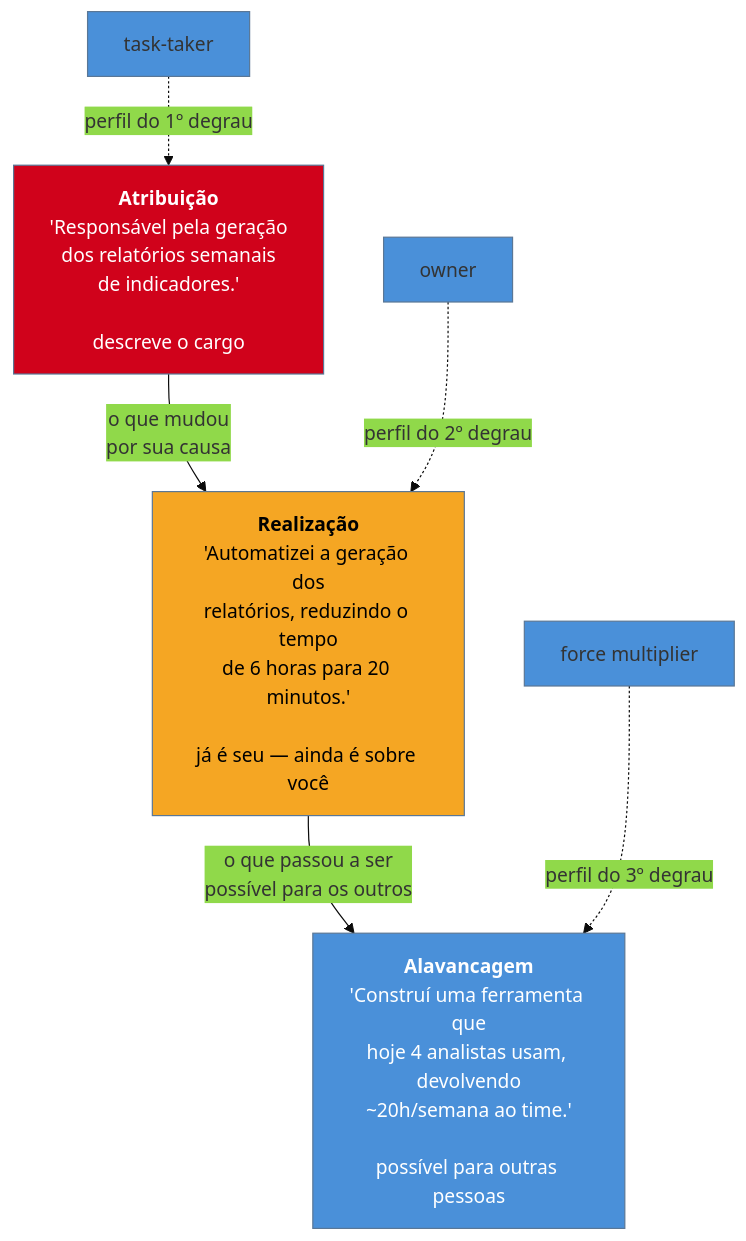
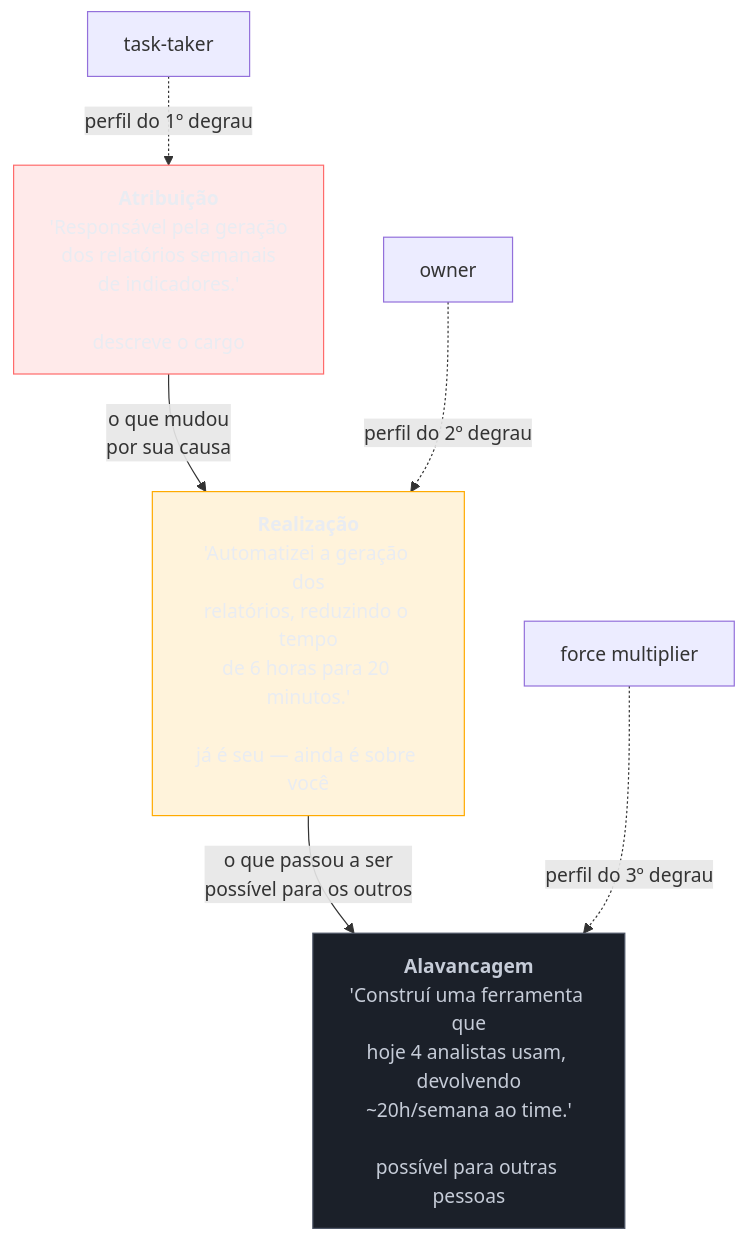
Before and after one commit to josenaldo/codex-technomanticus: the diagram in 03-Dominios/Carreira/Currículo/13 - Responsabilidade, realização e alavancagem.md, drawn with Mermaid. The commit also changed 1181 other files, not shown here.

First line of the commit message:
fix(diagramas): paleta do sistema no lugar de cor cravada no markdown

````diff
--- a/03-Dominios/Carreira/Currículo/13 - Responsabilidade, realização e alavancagem.md
+++ b/03-Dominios/Carreira/Currículo/13 - Responsabilidade, realização e alavancagem.md
@@ -50,18 +50,20 @@
 ```mermaid
-%%{init: {"theme": "base", "themeVariables": {"primaryColor": "#4A90D9"}}}%%
 graph TD
+    classDef falha fill:#FF6B6B24,stroke:#FF6B6B,color:#E9ECF2
+    classDef destaque fill:#FFAA0024,stroke:#FFAA00,color:#E9ECF2
+    classDef neutro fill:#1B2029,stroke:#4E5666,color:#C6CCD8
     A["<b>Atribuição</b><br/>'Responsável pela geração<br/>dos relatórios semanais<br/>de indicadores.'<br/><br/>descreve o cargo"]
     B["<b>Realização</b><br/>'Automatizei a geração dos<br/>relatórios, reduzindo o tempo<br/>de 6 horas para 20 minutos.'<br/><br/>já é seu — ainda é sobre você"]
     C["<b>Alavancagem</b><br/>'Construí uma ferramenta que<br/>hoje 4 analistas usam, devolvendo<br/>~20h/semana ao time.'<br/><br/>possível para outras pessoas"]
 
     A -->|"o que mudou<br/>por sua causa"| B
     B -->|"o que passou a ser<br/>possível para os outros"| C
 
     D["task-taker"] -.perfil do 1º degrau.-> A
     E["owner"] -.perfil do 2º degrau.-> B
     F["force multiplier"] -.perfil do 3º degrau.-> C
 
-    style A fill:#D0021B,color:#fff
-    style B fill:#F5A623,color:#000
-    style C fill:#4A90D9,color:#fff
+    class A falha
+    class B destaque
+    class C neutro
 ```
````
